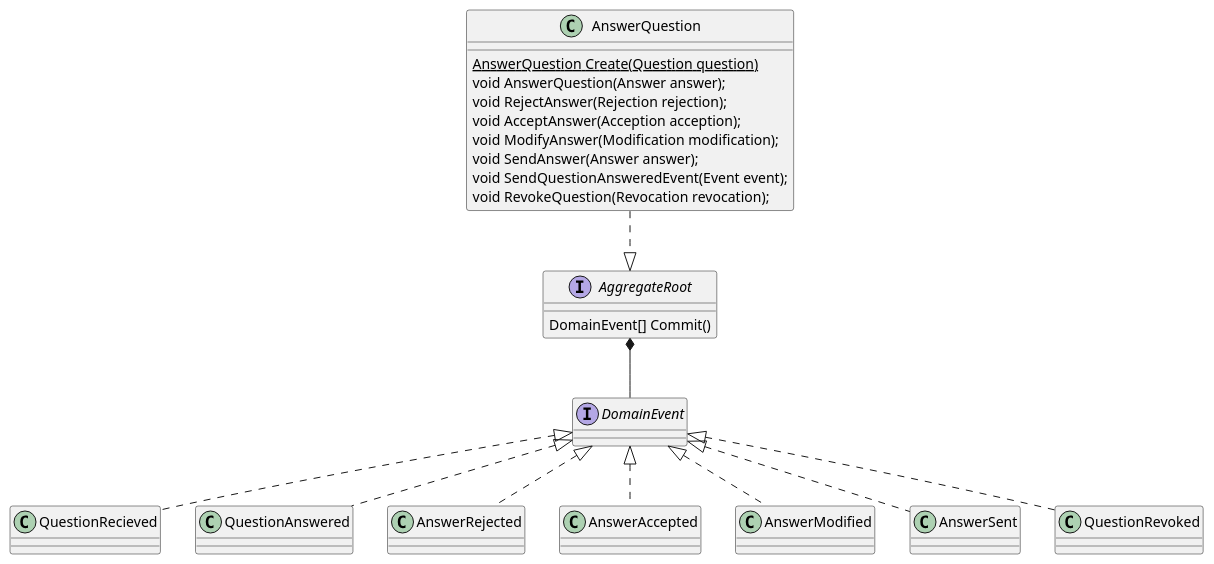
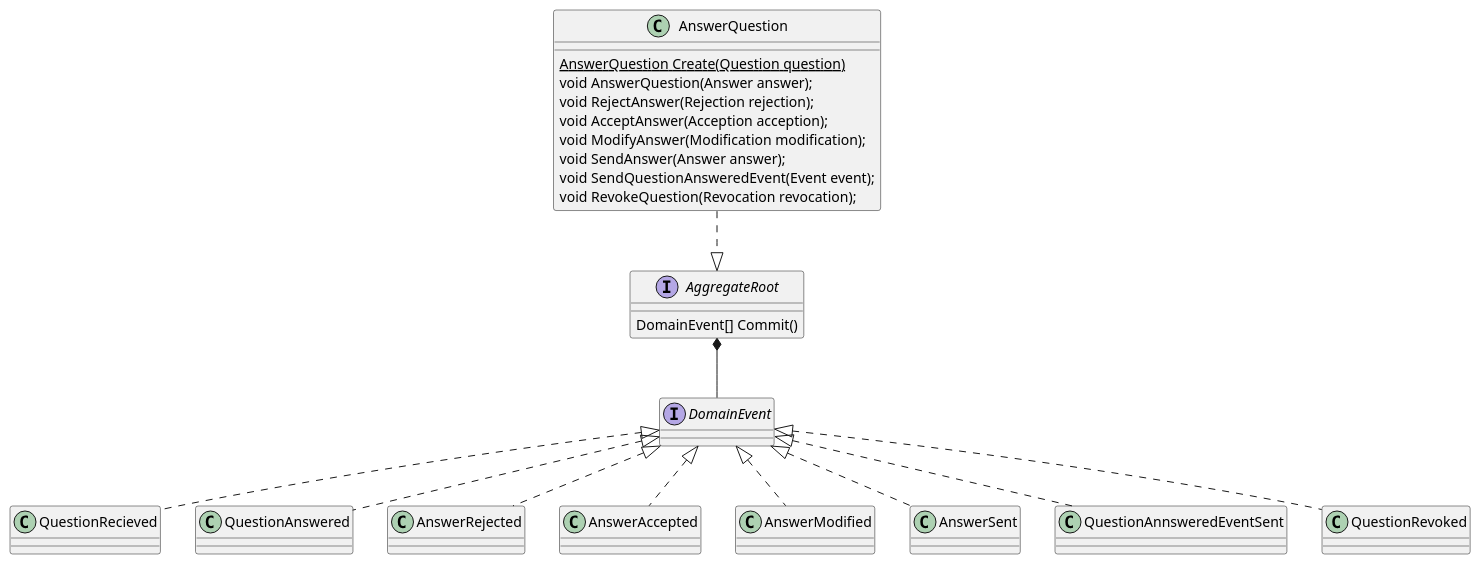
One commit to synionnl/blog changed the diagram in docs/blog/bizdevops/living-documentation.md. Above: the diagram before and after it, drawn with PlantUML.

Commit message:
domain model aangepast

````diff
--- a/docs/blog/bizdevops/living-documentation.md
+++ b/docs/blog/bizdevops/living-documentation.md
@@ -52,31 +52,32 @@
 ```plantuml
 
 interface AggregateRoot
 {
     DomainEvent[] Commit()
 }
 
 class AnswerQuestion
 {
     {static} AnswerQuestion Create(Question question)
     void AnswerQuestion(Answer answer);
     void RejectAnswer(Rejection rejection);
     void AcceptAnswer(Acception acception);
     void ModifyAnswer(Modification modification);
     void SendAnswer(Answer answer);
     void SendQuestionAnsweredEvent(Event event);
     void RevokeQuestion(Revocation revocation);
 }
 
 class QuestionRecieved implements DomainEvent
 class QuestionAnswered implements DomainEvent
 class AnswerRejected implements DomainEvent
 class AnswerAccepted implements DomainEvent
 class AnswerModified implements DomainEvent
 class AnswerSent implements DomainEvent
+class QuestionAnnsweredEventSent implements DomainEvent
 class QuestionRevoked implements DomainEvent
 
 AnswerQuestion .d.|> AggregateRoot
 AggregateRoot *-d- DomainEvent
 
 ```
````
